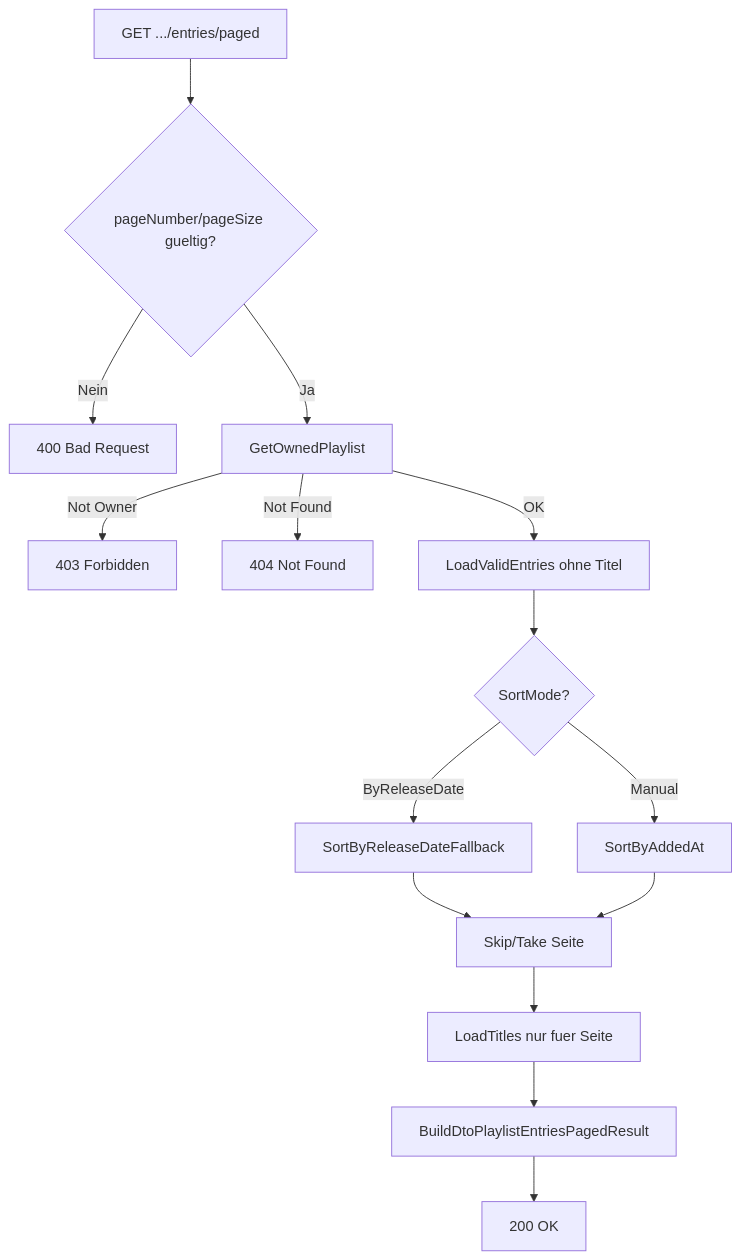
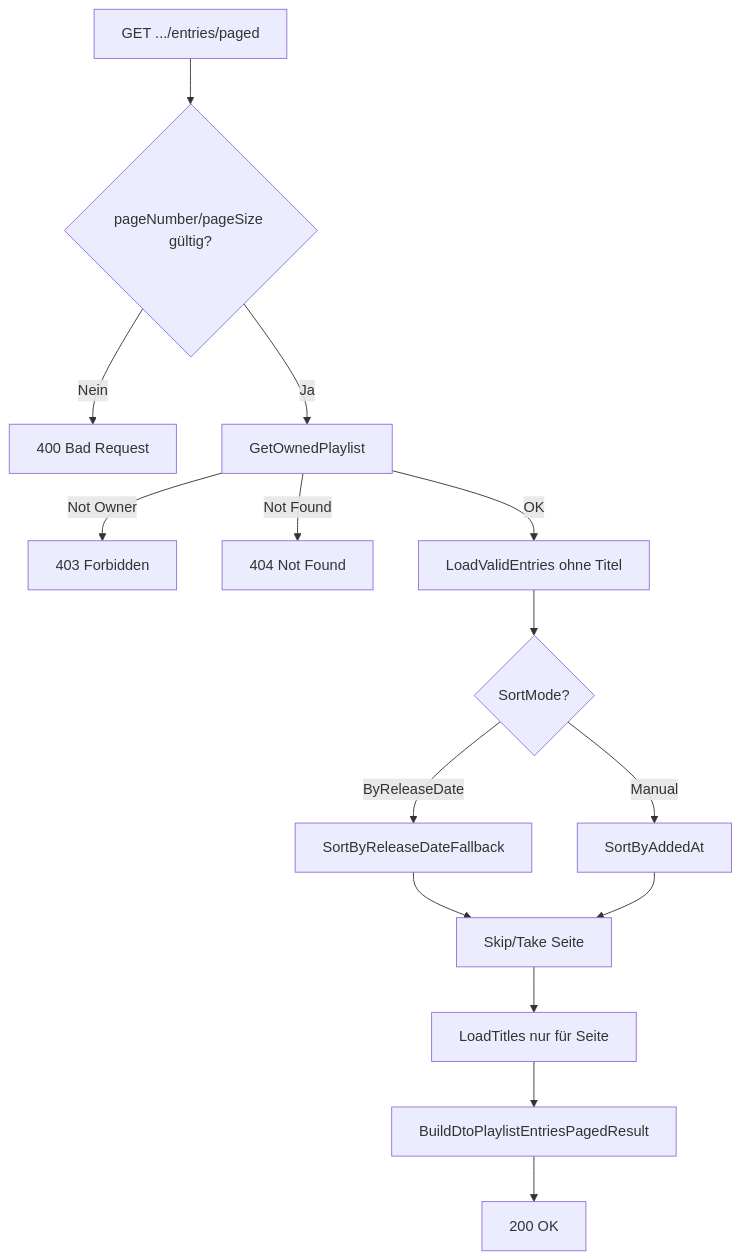
The fourth of 5 diagrams in docs/help/playlists-ablauf-technisch.md (martin-stromberg/VideoPlayer), drawn with Mermaid before and after one commit. The commit also changed other lines of this file and 70 other files, not shown here.

````diff
--- a/docs/help/playlists-ablauf-technisch.md
+++ b/docs/help/playlists-ablauf-technisch.md
@@ -525,17 +525,17 @@
 ```mermaid
 flowchart TD
-    A[GET .../entries/paged] --> B{pageNumber/pageSize gueltig?}
+    A[GET .../entries/paged] --> B{pageNumber/pageSize gültig?}
     B -->|Nein| B1[400 Bad Request]
     B -->|Ja| C[GetOwnedPlaylist]
     C -->|Not Owner| C1[403 Forbidden]
     C -->|Not Found| C2[404 Not Found]
     C -->|OK| D[LoadValidEntries ohne Titel]
     D --> E{SortMode?}
     E -->|ByReleaseDate| F[SortByReleaseDateFallback]
     E -->|Manual| G[SortByAddedAt]
     F --> H[Skip/Take Seite]
     G --> H
-    H --> I[LoadTitles nur fuer Seite]
+    H --> I[LoadTitles nur für Seite]
     I --> J[BuildDtoPlaylistEntriesPagedResult]
     J --> K[200 OK]
 ```
````
